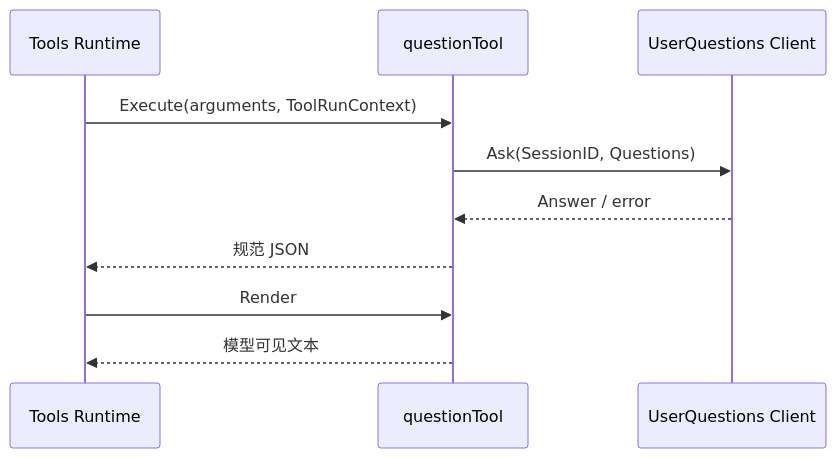
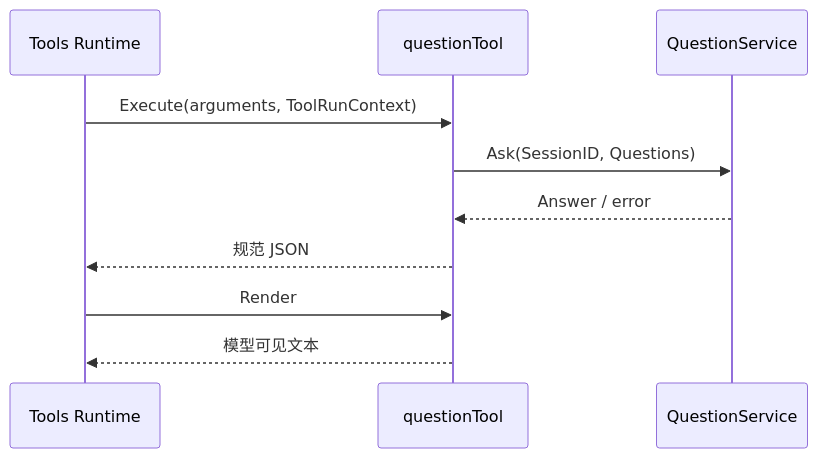
Before and after one commit to gorenx/goren: the diagram in toolaskuser/README.zh-CN.md, drawn with Mermaid. The commit also changed other lines of this file and 12 other files, not shown here.

````diff
--- a/toolaskuser/README.zh-CN.md
+++ b/toolaskuser/README.zh-CN.md
@@ -11,12 +12,12 @@
 ```mermaid
 sequenceDiagram
     participant R as Tools Runtime
     participant T as questionTool
-    participant Q as UserQuestions Client
+    participant Q as QuestionService
     R->>T: Execute(arguments, ToolRunContext)
     T->>Q: Ask(SessionID, Questions)
     Q-->>T: Answer / error
     T-->>R: 规范 JSON
     R->>T: Render
     T-->>R: 模型可见文本
 ```
````
